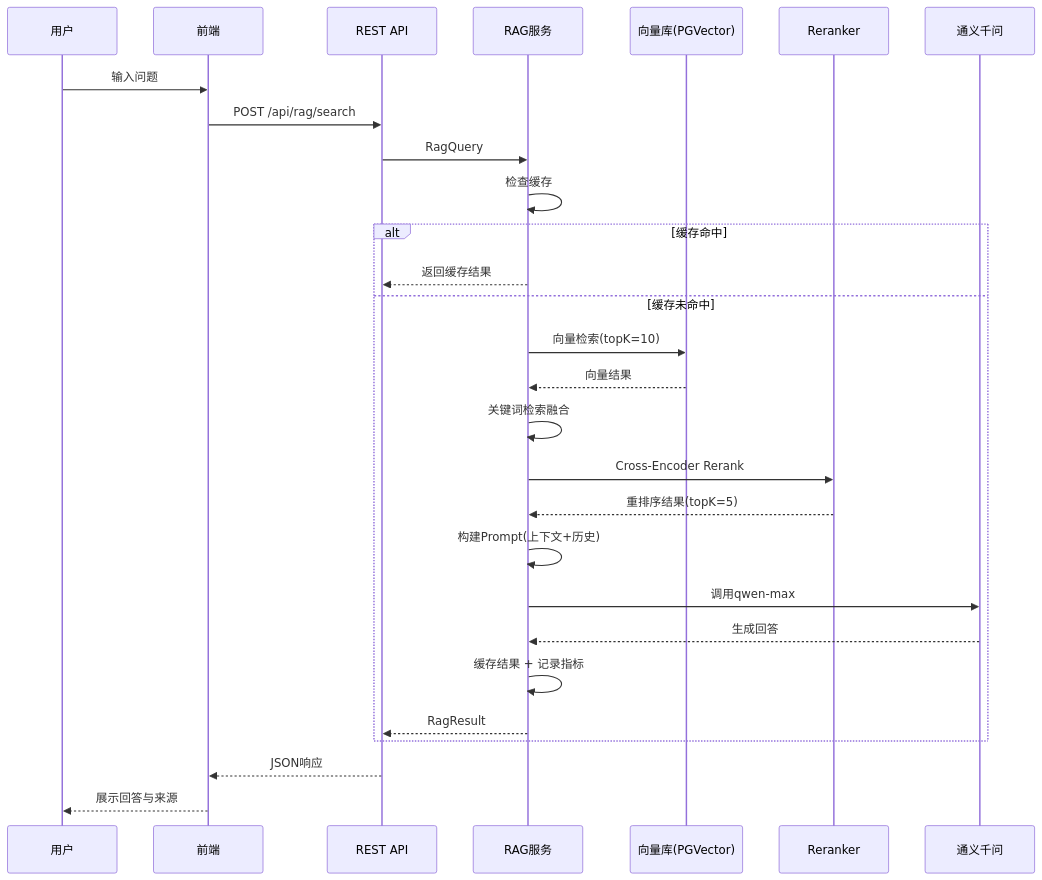
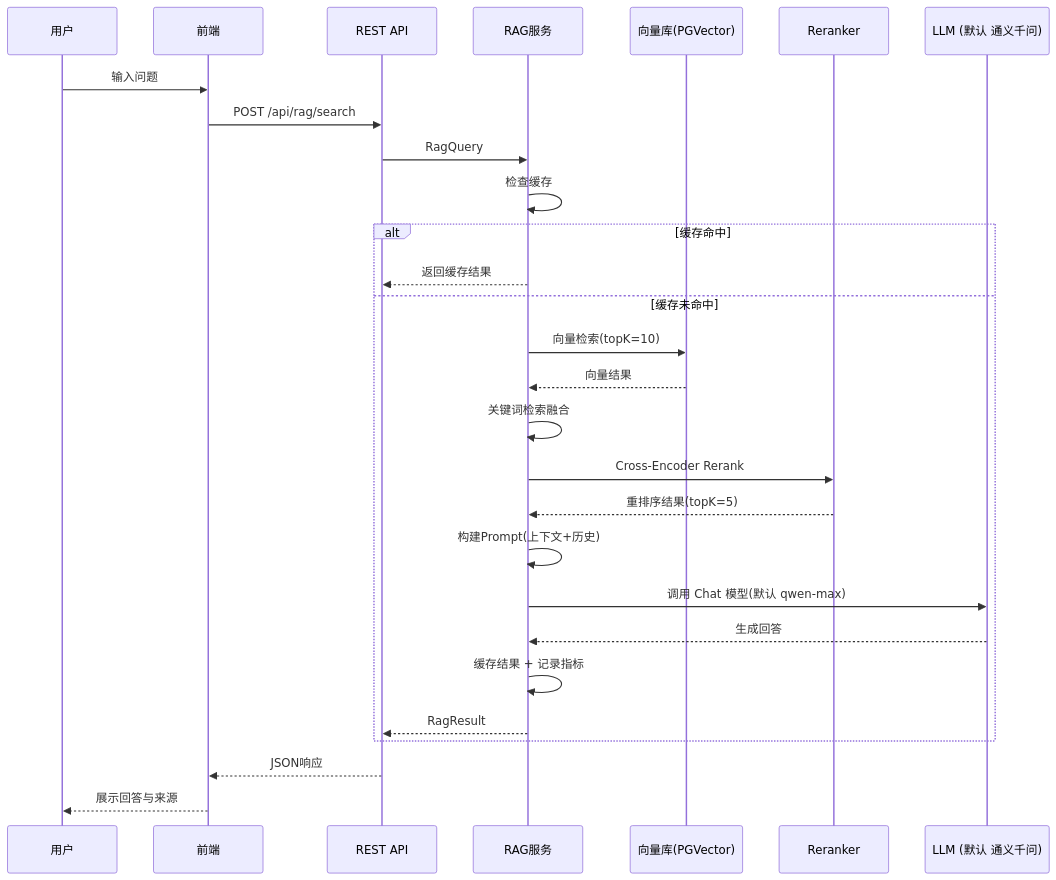
One commit to hulongfu/CompanyRag changed the second of 4 diagrams in ARCHITECTURE.md. Above: the diagram before and after it, drawn with Mermaid. The commit also changed other lines of this file and 4 other files, not shown here.

````diff
--- a/ARCHITECTURE.md
+++ b/ARCHITECTURE.md
@@ -55,31 +55,31 @@
 ```mermaid
 sequenceDiagram
     participant U as 用户
     participant F as 前端
     participant API as REST API
     participant RAG as RAG服务
     participant VS as 向量库(PGVector)
     participant RERANK as Reranker
-    participant LLM as 通义千问
+    participant LLM as LLM (默认 通义千问)
 
     U->>F: 输入问题
     F->>API: POST /api/rag/search
     API->>RAG: RagQuery
     RAG->>RAG: 检查缓存
     alt 缓存命中
         RAG-->>API: 返回缓存结果
     else 缓存未命中
         RAG->>VS: 向量检索(topK=10)
         VS-->>RAG: 向量结果
         RAG->>RAG: 关键词检索融合
         RAG->>RERANK: Cross-Encoder Rerank
         RERANK-->>RAG: 重排序结果(topK=5)
         RAG->>RAG: 构建Prompt(上下文+历史)
-        RAG->>LLM: 调用qwen-max
+        RAG->>LLM: 调用 Chat 模型(默认 qwen-max)
         LLM-->>RAG: 生成回答
         RAG->>RAG: 缓存结果 + 记录指标
         RAG-->>API: RagResult
     end
     API-->>F: JSON响应
     F-->>U: 展示回答与来源
 ```
````
